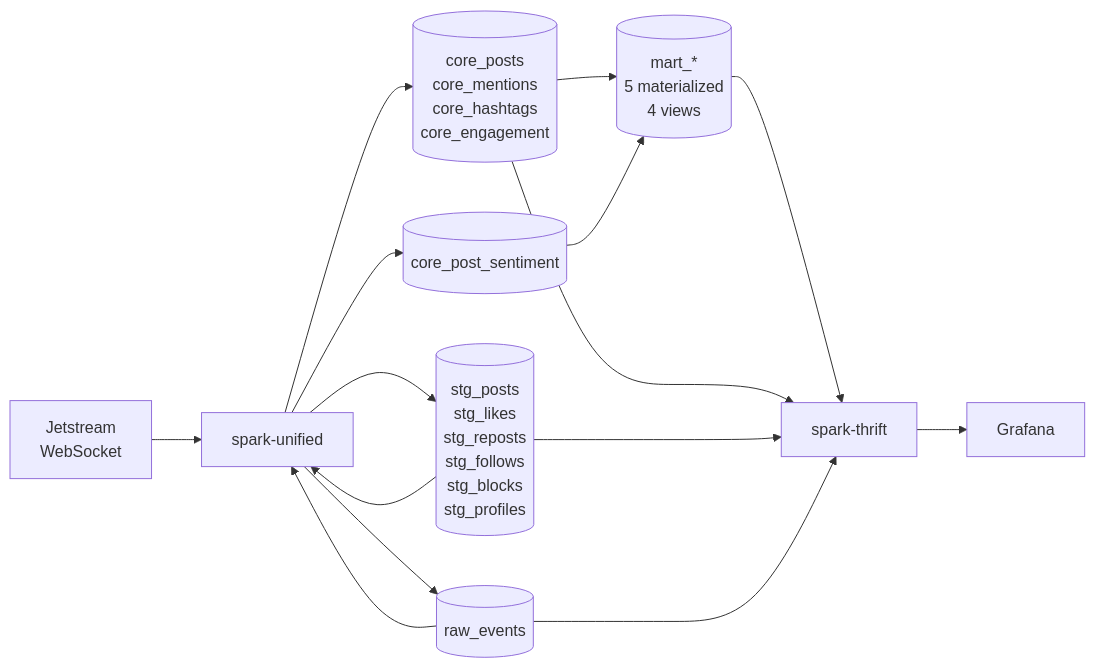
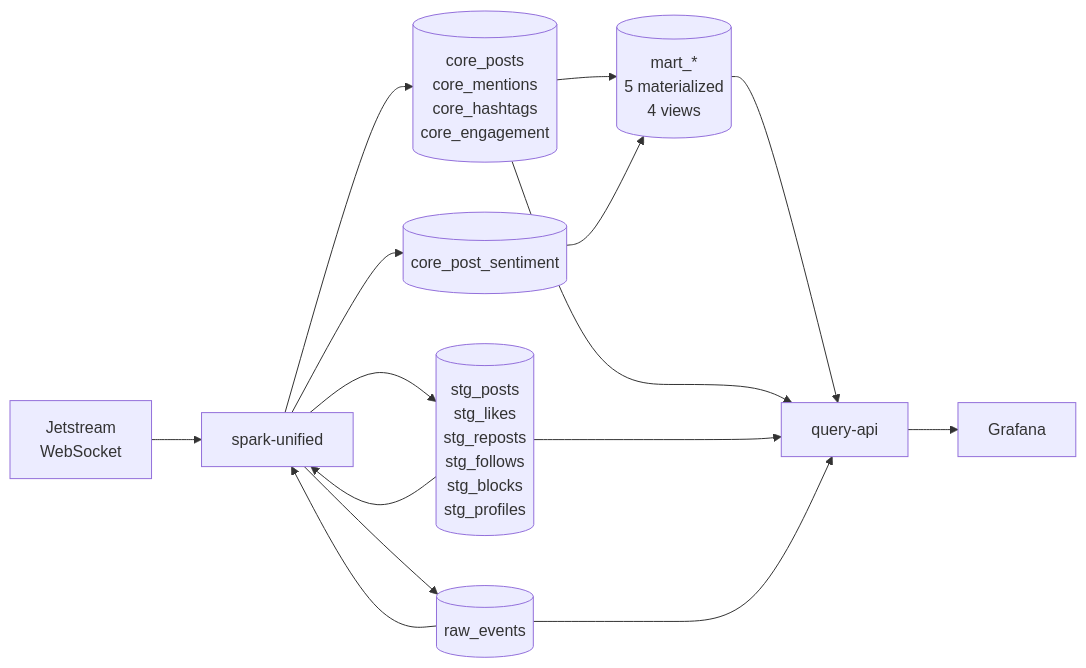
Before and after one commit to joshlizana/atomosphere: the second of 4 diagrams in docs/TDD.md, drawn with Mermaid. The commit also changed other lines of this file and 17 other files, not shown here.

First line of the commit message:
Add query-api and Grafana services (M6 infrastructure)

````diff
--- a/docs/TDD.md
+++ b/docs/TDD.md
@@ -142,13 +140,13 @@
 ```mermaid
 flowchart LR
     WS[Jetstream\nWebSocket] --> SU[spark-unified]
     SU --> RAW[(raw_events)]
     RAW --> SU
     SU --> STG[(stg_posts\nstg_likes\nstg_reposts\nstg_follows\nstg_blocks\nstg_profiles)]
     STG --> SU
     SU --> CORE[(core_posts\ncore_mentions\ncore_hashtags\ncore_engagement)]
     SU --> SENT[(core_post_sentiment)]
     CORE & SENT --> MART[(mart_*\n5 materialized\n4 views)]
-    MART & CORE & STG & RAW --> ST[spark-thrift]
-    ST --> GF[Grafana]
+    MART & CORE & STG & RAW --> QA[query-api]
+    QA --> GF[Grafana]
 ```
````
